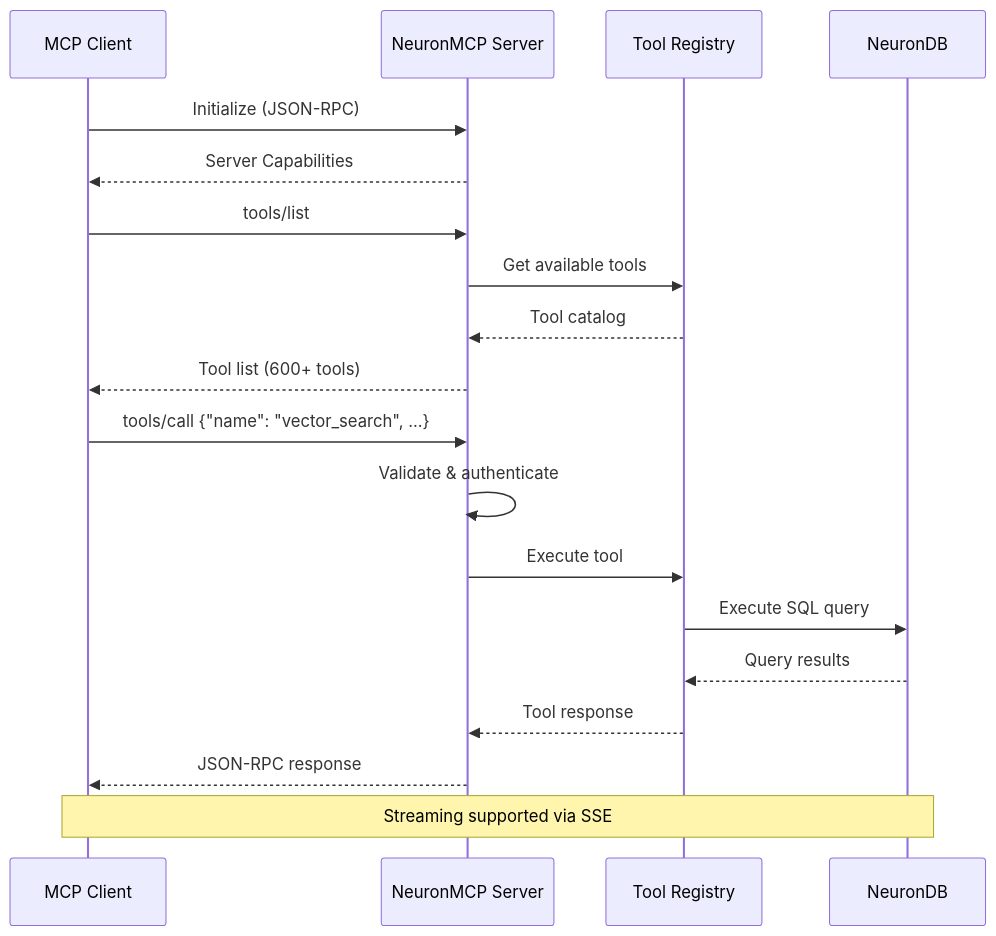
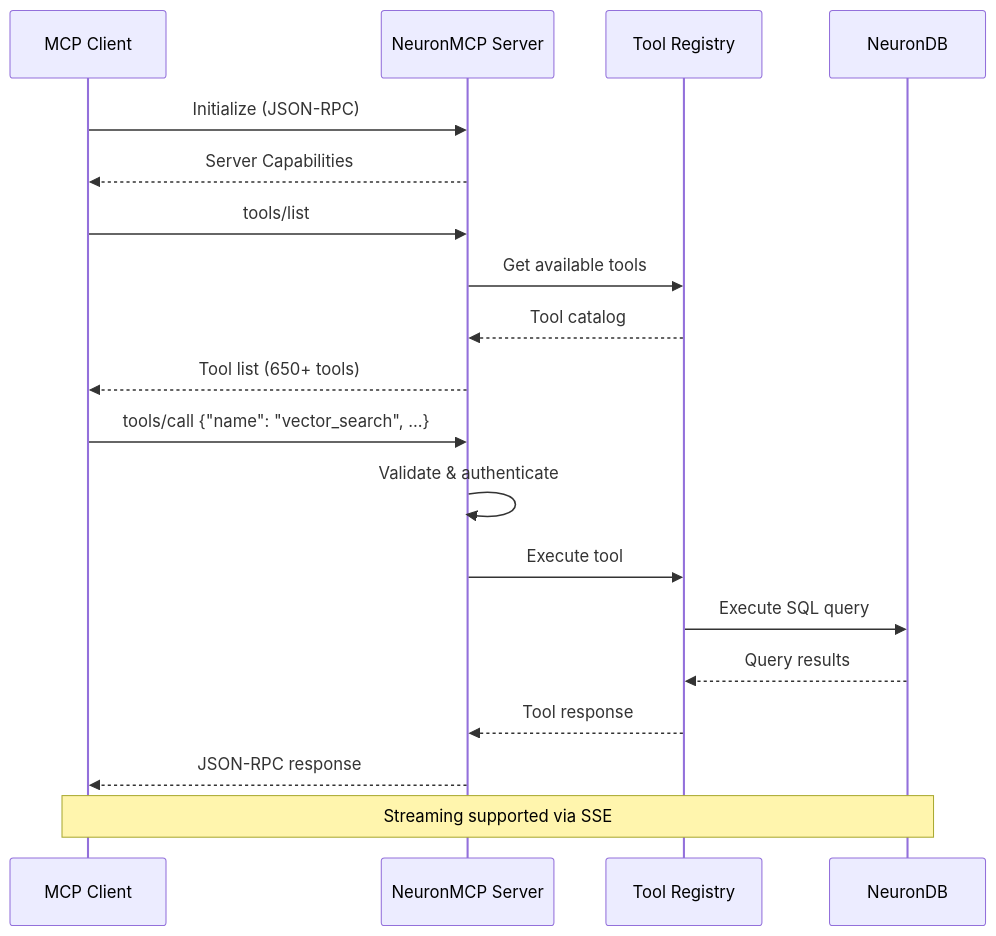
The second of 3 diagrams in README.md (neurondb/neuron-mcp), drawn with Mermaid before and after one commit. The commit also changed other lines of this file and 8 other files, not shown here.

````diff
--- a/README.md
+++ b/README.md
@@ -247,25 +197,25 @@
 ```mermaid
 sequenceDiagram
     participant Client as MCP Client
     participant Server as NeuronMCP Server
     participant Tools as Tool Registry
     participant DB as NeuronDB
     
     Client->>Server: Initialize (JSON-RPC)
     Server-->>Client: Server Capabilities
     
     Client->>Server: tools/list
     Server->>Tools: Get available tools
     Tools-->>Server: Tool catalog
-    Server-->>Client: Tool list (600+ tools)
+    Server-->>Client: Tool list (650+ tools)
     
     Client->>Server: tools/call {"name": "vector_search", ...}
     Server->>Server: Validate & authenticate
     Server->>Tools: Execute tool
     Tools->>DB: Execute SQL query
     DB-->>Tools: Query results
     Tools-->>Server: Tool response
     Server-->>Client: JSON-RPC response
     
     Note over Client,DB: Streaming supported via SSE
 ```
````
